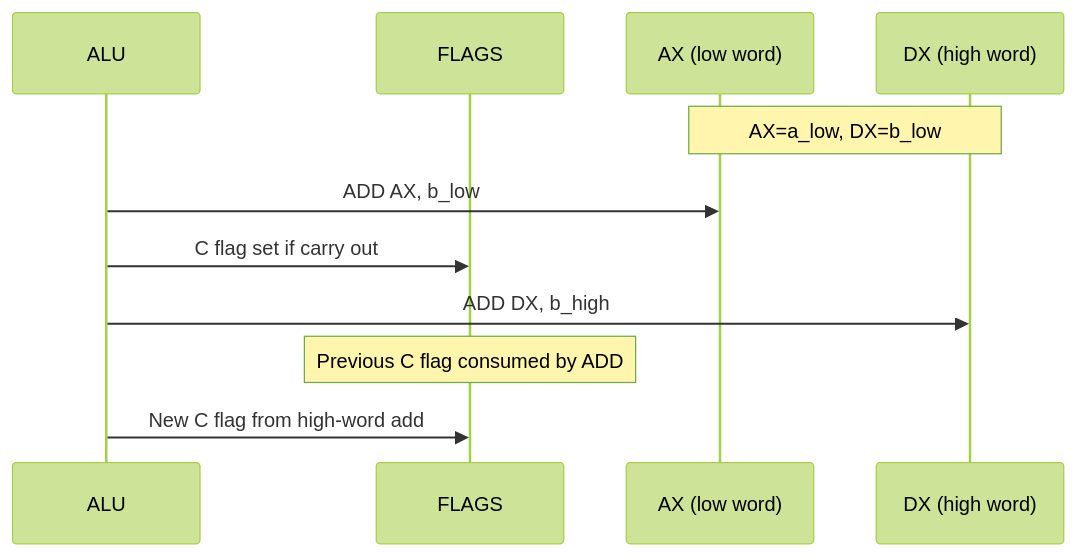
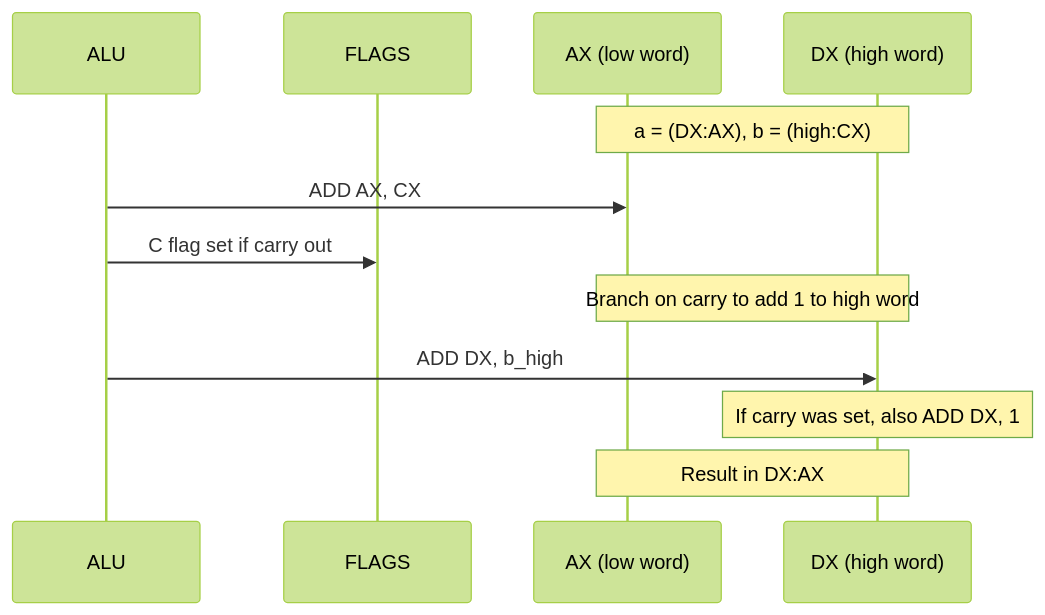
One commit to MinecAnton209/NovumOS-16bit changed the second of 9 diagrams in docs/en/isa/instruction-set.md. Above: the diagram before and after it, drawn with Mermaid (forest theme). The commit also changed other lines of this file and 20 other files, not shown here.

````diff
--- a/docs/en/isa/instruction-set.md
+++ b/docs/en/isa/instruction-set.md
@@ -220,14 +208,15 @@
 ```mermaid
 sequenceDiagram
     participant ALU as ALU
     participant F as FLAGS
     participant AX as AX (low word)
     participant DX as DX (high word)
 
-    Note over AX,DX: AX=a_low, DX=b_low
-    ALU->>AX: ADD AX, b_low
+    Note over AX,DX: a = (DX:AX), b = (high:CX)
+    ALU->>AX: ADD AX, CX
     ALU->>F: C flag set if carry out
+    Note over AX,DX: Branch on carry to add 1 to high word
     ALU->>DX: ADD DX, b_high
-    Note over F: Previous C flag consumed by ADD
-    ALU->>F: New C flag from high-word add
+    Note over DX: If carry was set, also ADD DX, 1
+    Note over AX,DX: Result in DX:AX
 ```
````
